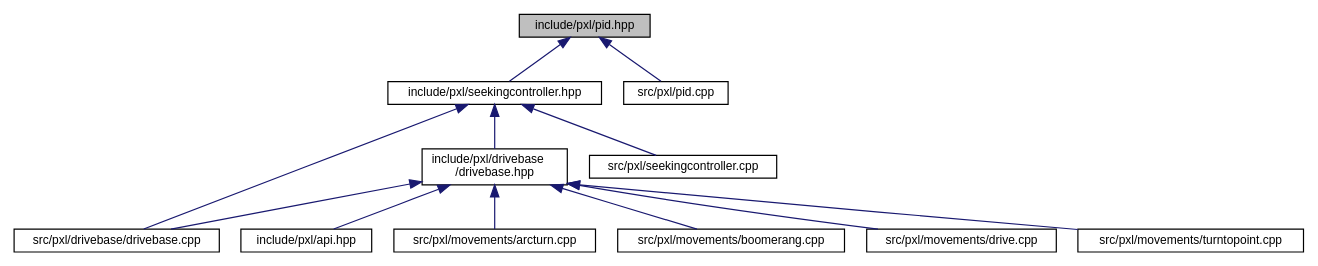
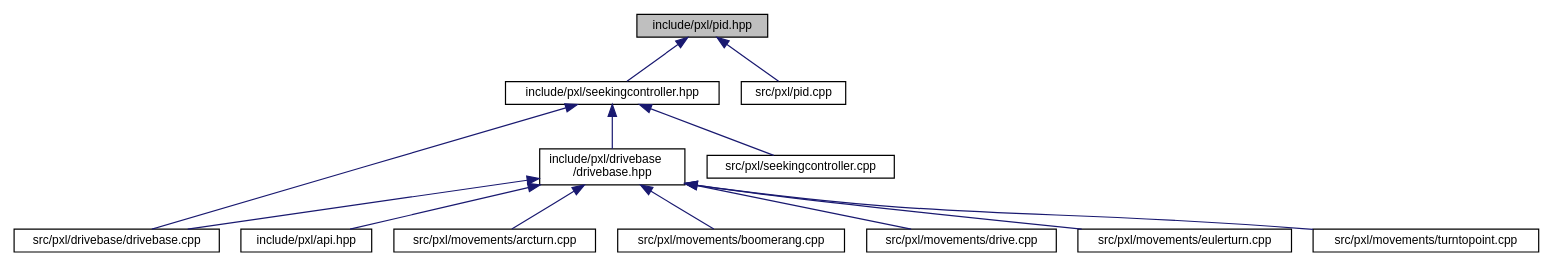
Before and after one commit to Pixel-Lib/Pixel: the diagram in pid_8hpp__dep__incl.dot, drawn with Graphviz. The commit also changed 247 other files, not shown here.

```diff
--- a/pid_8hpp__dep__incl.dot
+++ b/pid_8hpp__dep__incl.dot
@@ -1,28 +1,30 @@
 digraph "include/pxl/pid.hpp"
 {
  // LATEX_PDF_SIZE
   edge [fontname="Helvetica",fontsize="10",labelfontname="Helvetica",labelfontsize="10"];
   node [fontname="Helvetica",fontsize="10",shape=record];
   Node1 [label="include/pxl/pid.hpp",height=0.2,width=0.4,color="black", fillcolor="grey75", style="filled", fontcolor="black",tooltip=" "];
   Node1 -> Node2 [dir="back",color="midnightblue",fontsize="10",style="solid",fontname="Helvetica"];
   Node2 [label="include/pxl/seekingcontroller.hpp",height=0.2,width=0.4,color="black", fillcolor="white", style="filled",URL="$seekingcontroller_8hpp.html",tooltip=" "];
   Node2 -> Node3 [dir="back",color="midnightblue",fontsize="10",style="solid",fontname="Helvetica"];
   Node3 [label="include/pxl/drivebase\l/drivebase.hpp",height=0.2,width=0.4,color="black", fillcolor="white", style="filled",URL="$drivebase_8hpp.html",tooltip=" "];
   Node3 -> Node4 [dir="back",color="midnightblue",fontsize="10",style="solid",fontname="Helvetica"];
   Node4 [label="include/pxl/api.hpp",height=0.2,width=0.4,color="black", fillcolor="white", style="filled",URL="$api_8hpp.html",tooltip=" "];
   Node3 -> Node5 [dir="back",color="midnightblue",fontsize="10",style="solid",fontname="Helvetica"];
   Node5 [label="src/pxl/drivebase/drivebase.cpp",height=0.2,width=0.4,color="black", fillcolor="white", style="filled",URL="$drivebase_8cpp.html",tooltip=" "];
   Node3 -> Node6 [dir="back",color="midnightblue",fontsize="10",style="solid",fontname="Helvetica"];
   Node6 [label="src/pxl/movements/arcturn.cpp",height=0.2,width=0.4,color="black", fillcolor="white", style="filled",URL="$arcturn_8cpp.html",tooltip=" "];
   Node3 -> Node7 [dir="back",color="midnightblue",fontsize="10",style="solid",fontname="Helvetica"];
   Node7 [label="src/pxl/movements/boomerang.cpp",height=0.2,width=0.4,color="black", fillcolor="white", style="filled",URL="$boomerang_8cpp.html",tooltip=" "];
   Node3 -> Node8 [dir="back",color="midnightblue",fontsize="10",style="solid",fontname="Helvetica"];
   Node8 [label="src/pxl/movements/drive.cpp",height=0.2,width=0.4,color="black", fillcolor="white", style="filled",URL="$drive_8cpp.html",tooltip=" "];
   Node3 -> Node9 [dir="back",color="midnightblue",fontsize="10",style="solid",fontname="Helvetica"];
-  Node9 [label="src/pxl/movements/turntopoint.cpp",height=0.2,width=0.4,color="black", fillcolor="white", style="filled",URL="$turntopoint_8cpp.html",tooltip=" "];
+  Node9 [label="src/pxl/movements/eulerturn.cpp",height=0.2,width=0.4,color="black", fillcolor="white", style="filled",URL="$eulerturn_8cpp.html",tooltip=" "];
+  Node3 -> Node10 [dir="back",color="midnightblue",fontsize="10",style="solid",fontname="Helvetica"];
+  Node10 [label="src/pxl/movements/turntopoint.cpp",height=0.2,width=0.4,color="black", fillcolor="white", style="filled",URL="$turntopoint_8cpp.html",tooltip=" "];
   Node2 -> Node5 [dir="back",color="midnightblue",fontsize="10",style="solid",fontname="Helvetica"];
-  Node2 -> Node10 [dir="back",color="midnightblue",fontsize="10",style="solid",fontname="Helvetica"];
-  Node10 [label="src/pxl/seekingcontroller.cpp",height=0.2,width=0.4,color="black", fillcolor="white", style="filled",URL="$seekingcontroller_8cpp.html",tooltip=" "];
-  Node1 -> Node11 [dir="back",color="midnightblue",fontsize="10",style="solid",fontname="Helvetica"];
-  Node11 [label="src/pxl/pid.cpp",height=0.2,width=0.4,color="black", fillcolor="white", style="filled",URL="$pid_8cpp.html",tooltip=" "];
+  Node2 -> Node11 [dir="back",color="midnightblue",fontsize="10",style="solid",fontname="Helvetica"];
+  Node11 [label="src/pxl/seekingcontroller.cpp",height=0.2,width=0.4,color="black", fillcolor="white", style="filled",URL="$seekingcontroller_8cpp.html",tooltip=" "];
+  Node1 -> Node12 [dir="back",color="midnightblue",fontsize="10",style="solid",fontname="Helvetica"];
+  Node12 [label="src/pxl/pid.cpp",height=0.2,width=0.4,color="black", fillcolor="white", style="filled",URL="$pid_8cpp.html",tooltip=" "];
 }
```
